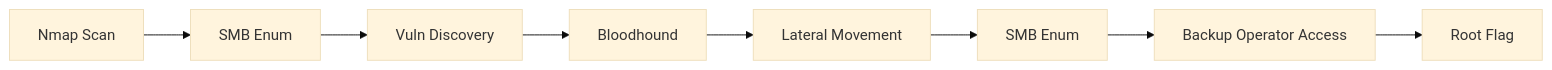
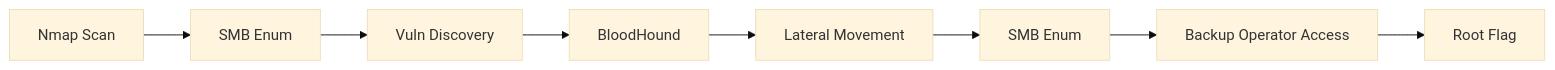
One commit to YuvalMil/Rootinator changed the diagram in _writeups/Blackfield.md. Above: the diagram before and after it, drawn with Mermaid (base theme). The commit also changed other lines of this file, not shown here.

````diff
--- a/_writeups/Blackfield.md
+++ b/_writeups/Blackfield.md
@@ -337,10 +341,10 @@
 ```mermaid
 graph LR
     A[Nmap Scan] --> B[SMB Enum]
     B --> C[Vuln Discovery]
-    C --> D[Bloodhound]
+    C --> D[BloodHound]
     D --> E[Lateral Movement]
     E --> F[SMB Enum]
     F --> G[Backup Operator Access]
     G --> H[Root Flag]
 ```
````
